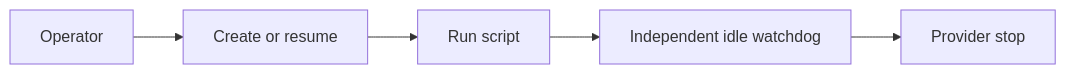
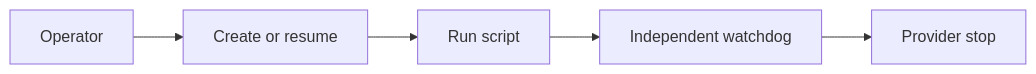
The seventh of 8 diagrams in docs/job_scheduler.md (ethanelasky/debate), drawn with Mermaid before and after one commit. The commit also changed other lines of this file and 2 other files, not shown here.

````diff
--- a/docs/job_scheduler.md
+++ b/docs/job_scheduler.md
@@ -223,7 +483,7 @@
 ```mermaid
 flowchart LR
     O[Operator] --> C[Create or resume]
     C --> R[Run script]
-    R --> W[Independent idle watchdog]
+    R --> W[Independent watchdog]
     W --> S[Provider stop]
 ```
````
